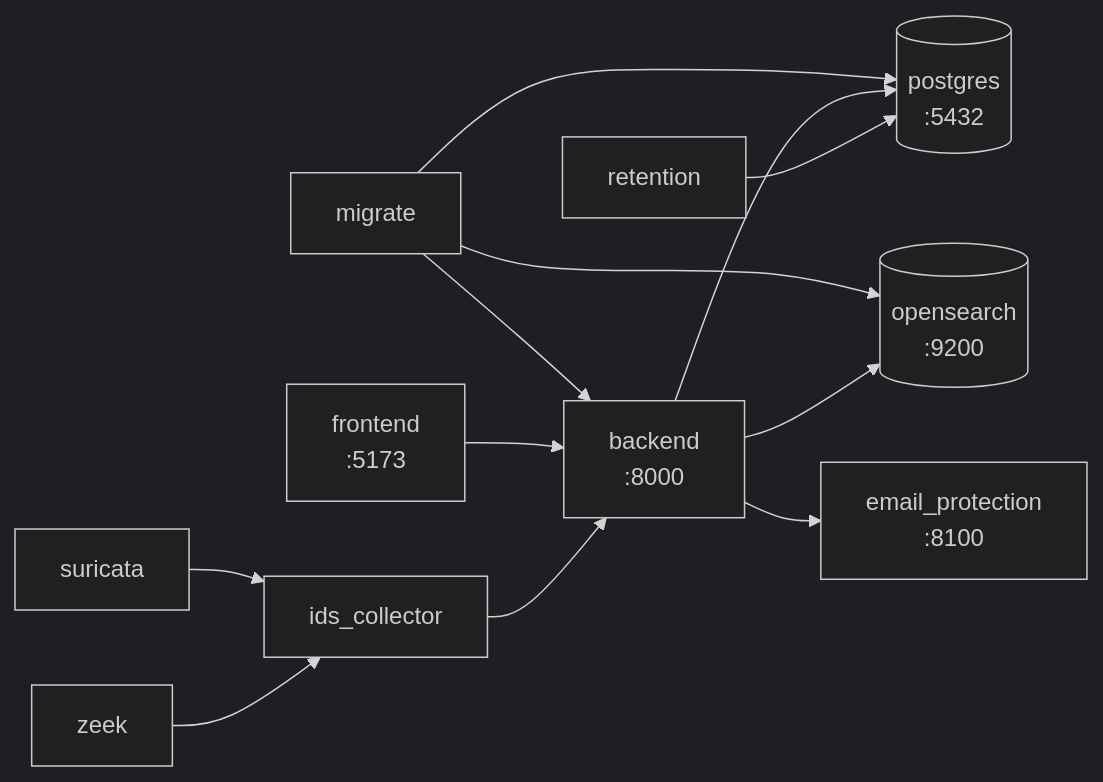
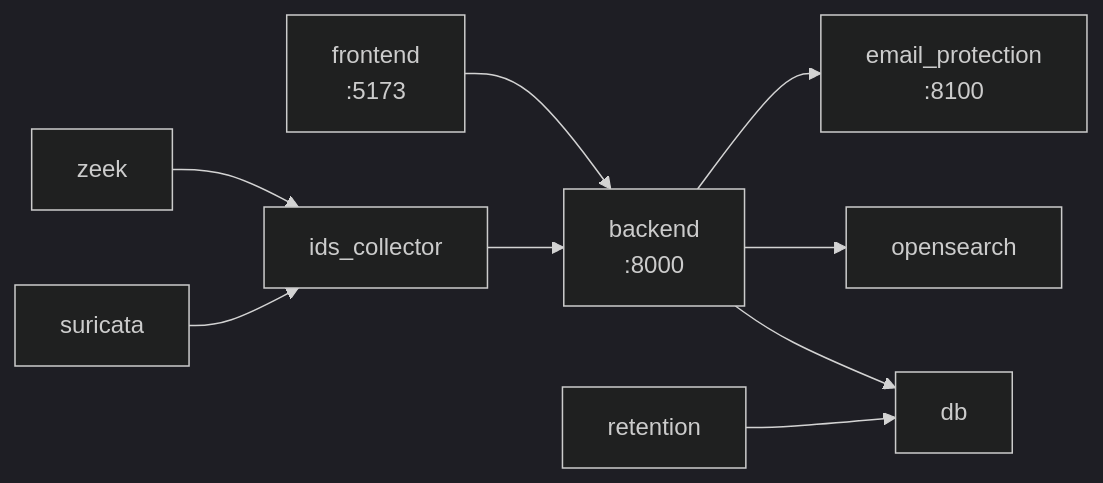
Before and after one commit to chemaavila/EVENTSEC: the diagram in docs/02-setup-docker.md, drawn with Mermaid (dark theme). The commit also changed other lines of this file and 12 other files, not shown here.

Commit message:
Stabilize auth flow and add E2E login coverage

````diff
--- a/docs/02-setup-docker.md
+++ b/docs/02-setup-docker.md
@@ -111,20 +110,14 @@
 ```mermaid
 flowchart LR
-  migrate[migrate] --> backend[backend
-:8000]
   frontend[frontend
 :5173] --> backend[backend
 :8000]
-  migrate --> db[(postgres
-:5432)]
-  migrate --> opensearch[(opensearch
-:9200)]
   backend --> db
   backend --> opensearch
   backend --> email[email_protection
 :8100]
   retention[retention] --> db
   ids_collector --> backend
   suricata --> ids_collector
   zeek --> ids_collector
 ```
````
